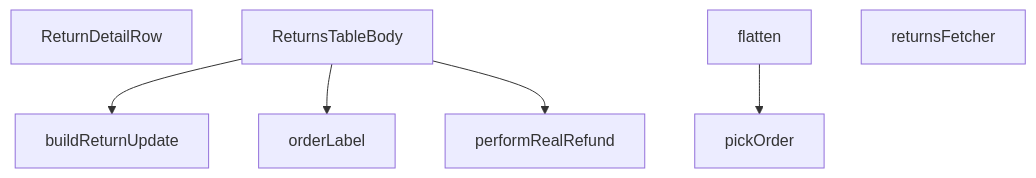
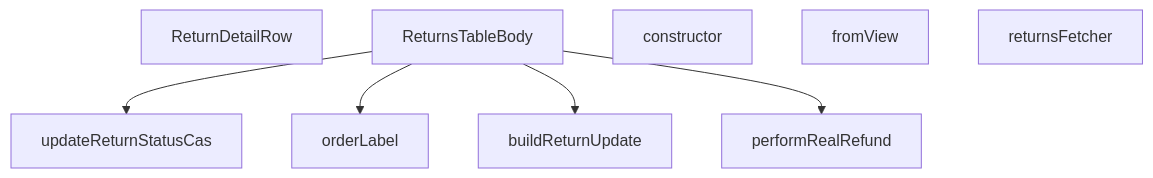
The diagram in src/views/admin/ReturnsTableBody.md (peckop/venthub-hvac-esite), drawn with Mermaid before and after one commit. The commit also changed other lines of this file and 189 other files, not shown here.

````diff
--- a/src/views/admin/ReturnsTableBody.md
+++ b/src/views/admin/ReturnsTableBody.md
@@ -323,15 +294,16 @@
 ```mermaid
 graph TD
     ReturnsTableBody_tsx__ReturnDetailRow["ReturnDetailRow"]
     ReturnsTableBody_tsx__ReturnsTableBody["ReturnsTableBody"]
     ReturnsTableBody_tsx__buildReturnUpdate["buildReturnUpdate"]
-    ReturnsTableBody_tsx__flatten["flatten"]
+    ReturnsTableBody_tsx__constructor["constructor"]
+    ReturnsTableBody_tsx__fromView["fromView"]
     ReturnsTableBody_tsx__orderLabel["orderLabel"]
     ReturnsTableBody_tsx__performRealRefund["performRealRefund"]
-    ReturnsTableBody_tsx__pickOrder["pickOrder"]
     ReturnsTableBody_tsx__returnsFetcher["returnsFetcher"]
+    ReturnsTableBody_tsx__updateReturnStatusCas["updateReturnStatusCas"]
+    ReturnsTableBody_tsx__ReturnsTableBody --> ReturnsTableBody_tsx__updateReturnStatusCas
+    ReturnsTableBody_tsx__ReturnsTableBody --> ReturnsTableBody_tsx__orderLabel
     ReturnsTableBody_tsx__ReturnsTableBody --> ReturnsTableBody_tsx__buildReturnUpdate
-    ReturnsTableBody_tsx__ReturnsTableBody --> ReturnsTableBody_tsx__orderLabel
     ReturnsTableBody_tsx__ReturnsTableBody --> ReturnsTableBody_tsx__performRealRefund
-    ReturnsTableBody_tsx__flatten --> ReturnsTableBody_tsx__pickOrder
 ```
````
